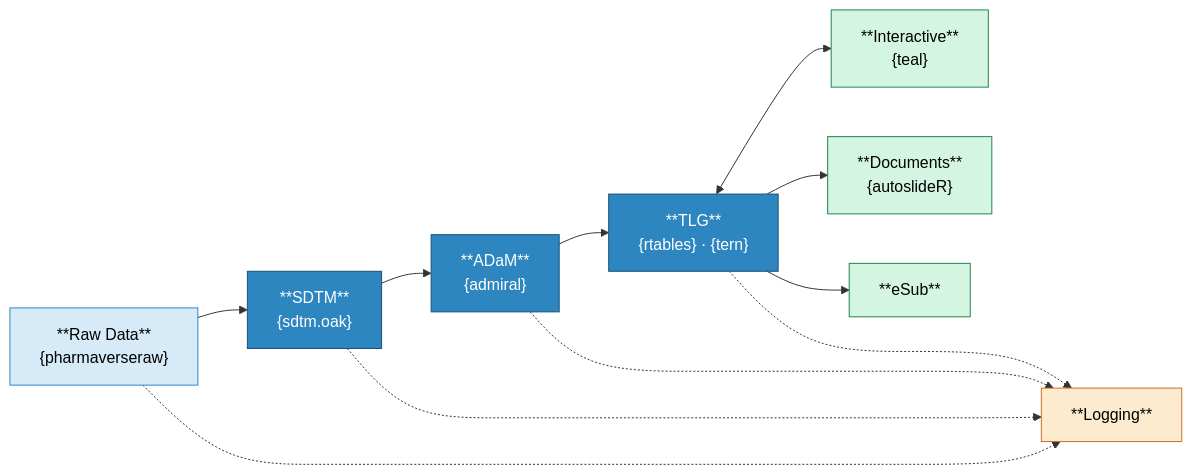
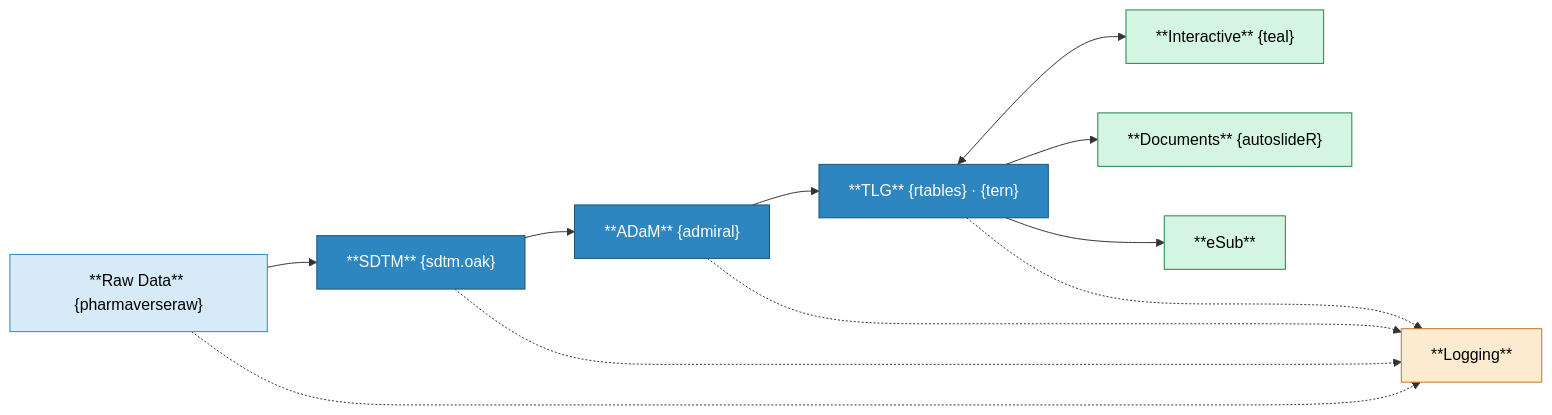
Before and after one commit to pharmaverse/examples: the diagram in index.qmd, drawn with Mermaid.

````diff
--- a/index.qmd
+++ b/index.qmd
@@ -61,31 +61,31 @@
 ```{mermaid}
 %%| fig-cap: "The pharmaverse clinical data pipeline"
 flowchart LR
-    RAW["**Raw Data**\n{pharmaverseraw}"]
-    SDTM["**SDTM**\n{sdtm.oak}"]
-    ADAM["**ADaM**\n{admiral}"]
-    TLG["**TLG**\n{rtables} · {tern}"]
-    INT["**Interactive**\n{teal}"]
-    DOC["**Documents**\n{autoslideR}"]
+    RAW["**Raw Data** {pharmaverseraw}"]
+    SDTM["**SDTM** {sdtm.oak}"]
+    ADAM["**ADaM** {admiral}"]
+    TLG["**TLG** {rtables} · {tern}"]
+    INT["**Interactive** {teal}"]
+    DOC["**Documents** {autoslideR}"]
     ESUB["**eSub**"]
     LOG["**Logging**"]
 
     RAW --> SDTM --> ADAM --> TLG
     TLG <--> INT
     TLG --> DOC
     TLG --> ESUB
 
     RAW -..-> LOG
     SDTM -..-> LOG
     ADAM -..-> LOG
     TLG -..-> LOG
 
     style RAW  fill:#d6eaf8,stroke:#2e86c1,color:#000
     style SDTM fill:#2e86c1,stroke:#1a5276,color:#fff
     style ADAM fill:#2e86c1,stroke:#1a5276,color:#fff
     style TLG  fill:#2e86c1,stroke:#1a5276,color:#fff
     style INT  fill:#d5f5e3,stroke:#1e8449,color:#000
     style DOC  fill:#d5f5e3,stroke:#1e8449,color:#000
     style ESUB fill:#d5f5e3,stroke:#1e8449,color:#000
     style LOG  fill:#fdebd0,stroke:#ca6f1e,color:#000
 ```
````
